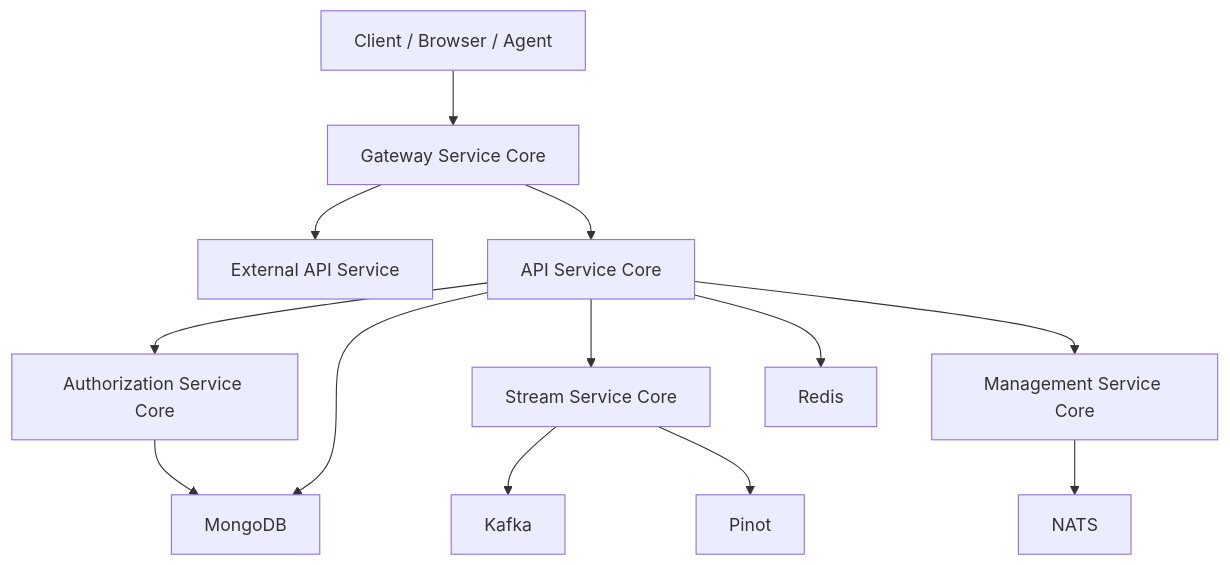
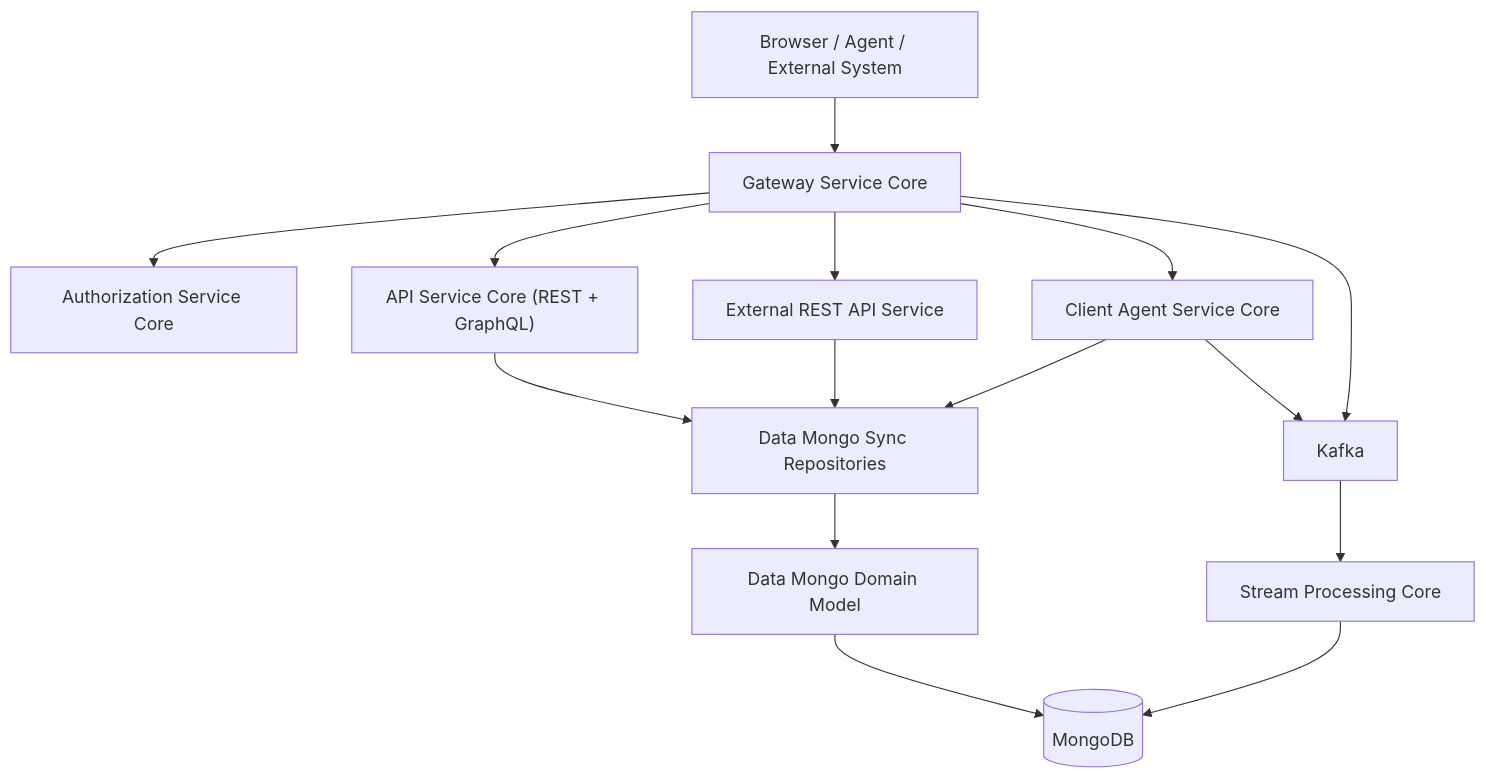
Before and after one commit to flamingo-stack/openframe-oss-lib: the diagram in docs/diagrams/architecture/README.mmd, drawn with Mermaid. The commit also changed 1809 other files, not shown here.

```diff
--- a/docs/diagrams/architecture/README.mmd
+++ b/docs/diagrams/architecture/README.mmd
@@ -1,15 +1,19 @@
 flowchart TD
-    Client["Client / Browser / Agent"] --> Gateway["Gateway Service Core"]
-    Gateway --> ExternalAPI["External API Service"]
-    Gateway --> ApiCore["API Service Core"]
+    Client["Browser / Agent / External System"] --> Gateway["Gateway Service Core"]
 
-    ApiCore --> Authz["Authorization Service Core"]
-    ApiCore --> Stream["Stream Service Core"]
-    ApiCore --> Management["Management Service Core"]
+    Gateway --> Authz["Authorization Service Core"]
+    Gateway --> Api["API Service Core (REST + GraphQL)"]
+    Gateway --> ExternalApi["External REST API Service"]
+    Gateway --> ClientAgent["Client Agent Service Core"]
 
-    Authz --> Mongo["MongoDB"]
-    ApiCore --> Mongo
-    Stream --> Kafka["Kafka"]
-    Stream --> Pinot["Pinot"]
-    ApiCore --> Redis["Redis"]
-    Management --> NATS["NATS"]
+    Api --> Repos["Data Mongo Sync Repositories"]
+    ExternalApi --> Repos
+    ClientAgent --> Repos
+
+    Repos --> Domain["Data Mongo Domain Model"]
+    Domain --> Mongo[("MongoDB")]
+
+    ClientAgent --> Kafka["Kafka"]
+    Gateway --> Kafka
+    Kafka --> Stream["Stream Processing Core"]
+    Stream --> Mongo
```
